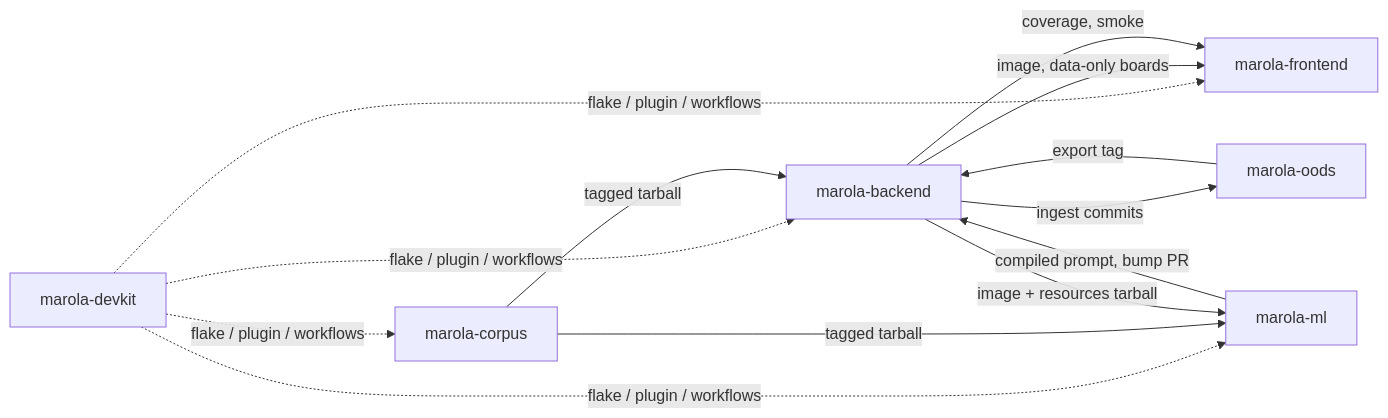
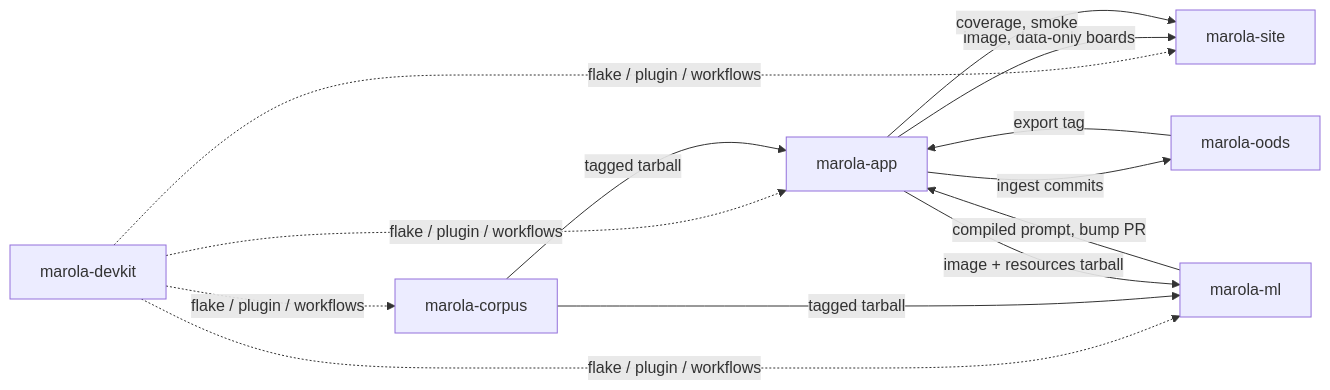
The first of 2 diagrams in docs/MIPs/MIP-0070-umbrella-and-polyrepo-split.md (marola-dev/marola), drawn with Mermaid before and after one commit. The commit also changed other lines of this file and 1 other file, not shown here.

First line of the commit message:
docs(mips): MIP-0070 — Accepted; names back to marola-app/marola-site

````diff
--- a/docs/MIPs/MIP-0070-umbrella-and-polyrepo-split.md
+++ b/docs/MIPs/MIP-0070-umbrella-and-polyrepo-split.md
@@ -116,12 +116,12 @@
 ```mermaid
 flowchart LR
-  devkit[marola-devkit] -. flake / plugin / workflows .-> backend & frontend & corpus & ml
-  corpus[marola-corpus] -- tagged tarball --> backend[marola-backend]
+  devkit[marola-devkit] -. flake / plugin / workflows .-> app & site & corpus & ml
+  corpus[marola-corpus] -- tagged tarball --> app[marola-app]
   corpus -- tagged tarball --> ml[marola-ml]
-  ml -- compiled prompt, bump PR --> backend
-  backend -- image + resources tarball --> ml
-  backend -- image, data-only boards --> frontend[marola-frontend]
-  backend -- coverage, smoke --> frontend
-  backend -- ingest commits --> oods[marola-oods]
-  oods -- export tag --> backend
+  ml -- compiled prompt, bump PR --> app
+  app -- image + resources tarball --> ml
+  app -- image, data-only boards --> site[marola-site]
+  app -- coverage, smoke --> site
+  app -- ingest commits --> oods[marola-oods]
+  oods -- export tag --> app
 ```
````
